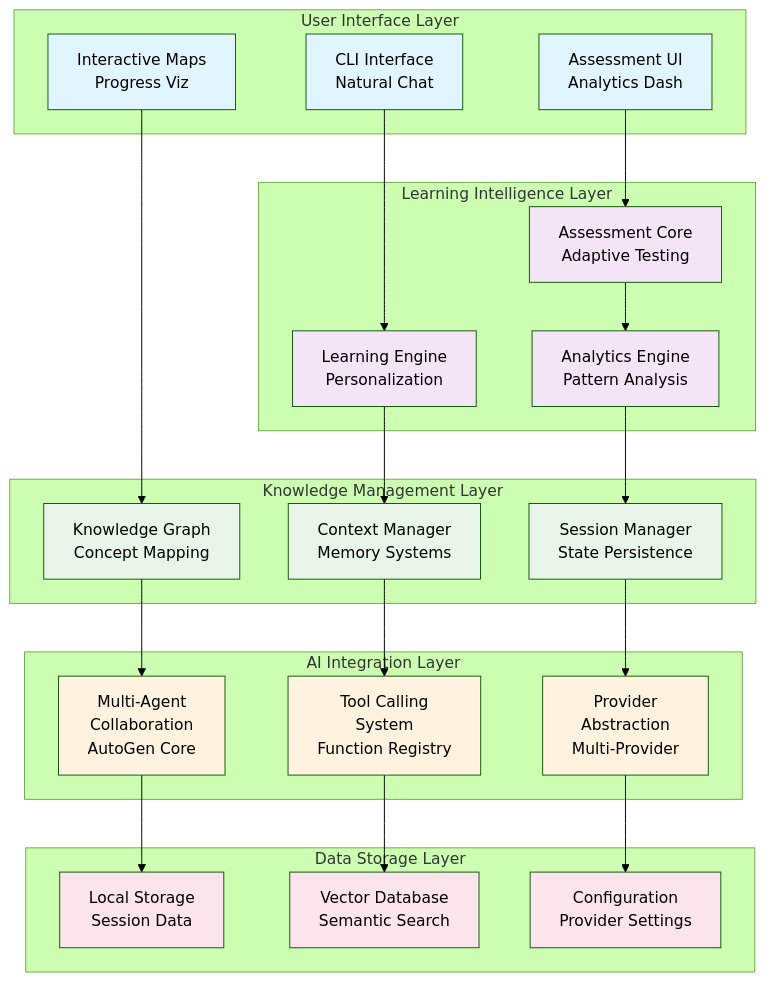
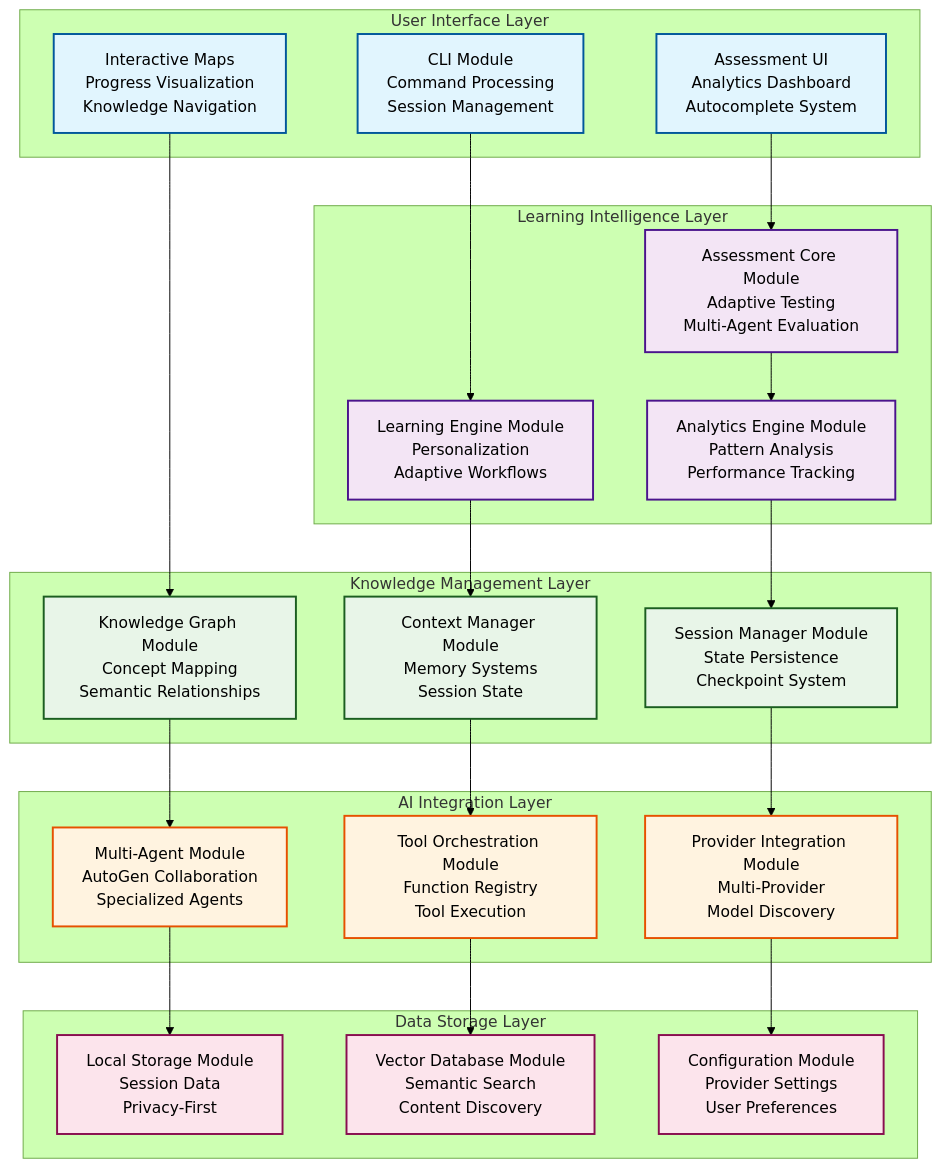
Before and after one commit to phona/learning-catalyst: the first of 2 diagrams in docs/technical/system-architecture/README.md, drawn with Mermaid (forest theme). The commit also changed other lines of this file and 19 other files, not shown here.

````diff
--- a/docs/technical/system-architecture/README.md
+++ b/docs/technical/system-architecture/README.md
@@ -280,60 +50,60 @@
 ```mermaid
 graph TB
     subgraph "User Interface Layer"
-        CLI["CLI Interface<br/>Natural Chat"]
-        Maps["Interactive Maps<br/>Progress Viz"]
-        UI["Assessment UI<br/>Analytics Dash"]
+        CLI["CLI Module<br/>Command Processing<br/>Session Management"]
+        Maps["Interactive Maps<br/>Progress Visualization<br/>Knowledge Navigation"]
+        UI["Assessment UI<br/>Analytics Dashboard<br/>Autocomplete System"]
     end
 
     subgraph "Learning Intelligence Layer"
-        Engine["Learning Engine<br/>Personalization"]
-        Assessment["Assessment Core<br/>Adaptive Testing"]
-        Analytics["Analytics Engine<br/>Pattern Analysis"]
+        Engine["Learning Engine Module<br/>Personalization<br/>Adaptive Workflows"]
+        Assessment["Assessment Core Module<br/>Adaptive Testing<br/>Multi-Agent Evaluation"]
+        Analytics["Analytics Engine Module<br/>Pattern Analysis<br/>Performance Tracking"]
     end
 
     subgraph "Knowledge Management Layer"
-        Graph["Knowledge Graph<br/>Concept Mapping"]
-        Context["Context Manager<br/>Memory Systems"]
-        Session["Session Manager<br/>State Persistence"]
+        Graph["Knowledge Graph Module<br/>Concept Mapping<br/>Semantic Relationships"]
+        Context["Context Manager Module<br/>Memory Systems<br/>Session State"]
+        Session["Session Manager Module<br/>State Persistence<br/>Checkpoint System"]
     end
 
     subgraph "AI Integration Layer"
-        Agents["Multi-Agent<br/>Collaboration<br/>AutoGen Core"]
-        Tools["Tool Calling<br/>System<br/>Function Registry"]
-        Providers["Provider<br/>Abstraction<br/>Multi-Provider"]
+        Agents["Multi-Agent Module<br/>AutoGen Collaboration<br/>Specialized Agents"]
+        Tools["Tool Orchestration Module<br/>Function Registry<br/>Tool Execution"]
+        Providers["Provider Integration Module<br/>Multi-Provider<br/>Model Discovery"]
     end
 
     subgraph "Data Storage Layer"
-        Local["Local Storage<br/>Session Data"]
-        Vector["Vector Database<br/>Semantic Search"]
-        Config["Configuration<br/>Provider Settings"]
+        Local["Local Storage Module<br/>Session Data<br/>Privacy-First"]
+        Vector["Vector Database Module<br/>Semantic Search<br/>Content Discovery"]
+        Config["Configuration Module<br/>Provider Settings<br/>User Preferences"]
     end
 
     CLI --> Engine
     Maps --> Graph
     UI --> Assessment
 
     Engine --> Context
     Assessment --> Analytics
     Analytics --> Session
 
     Graph --> Agents
     Context --> Tools
     Session --> Providers
 
     Agents --> Local
     Tools --> Vector
     Providers --> Config
 
-    classDef uiLayer fill:#e1f5fe
-    classDef intelLayer fill:#f3e5f5
-    classDef knowledgeLayer fill:#e8f5e8
-    classDef aiLayer fill:#fff3e0
-    classDef dataLayer fill:#fce4ec
+    classDef uiLayer fill:#e1f5fe,stroke:#01579b,stroke-width:2px
+    classDef intelLayer fill:#f3e5f5,stroke:#4a148c,stroke-width:2px
+    classDef knowledgeLayer fill:#e8f5e8,stroke:#1b5e20,stroke-width:2px
+    classDef aiLayer fill:#fff3e0,stroke:#e65100,stroke-width:2px
+    classDef dataLayer fill:#fce4ec,stroke:#880e4f,stroke-width:2px
 
     class CLI,Maps,UI uiLayer
     class Engine,Assessment,Analytics intelLayer
     class Graph,Context,Session knowledgeLayer
     class Agents,Tools,Providers aiLayer
     class Local,Vector,Config dataLayer
 ```
````
